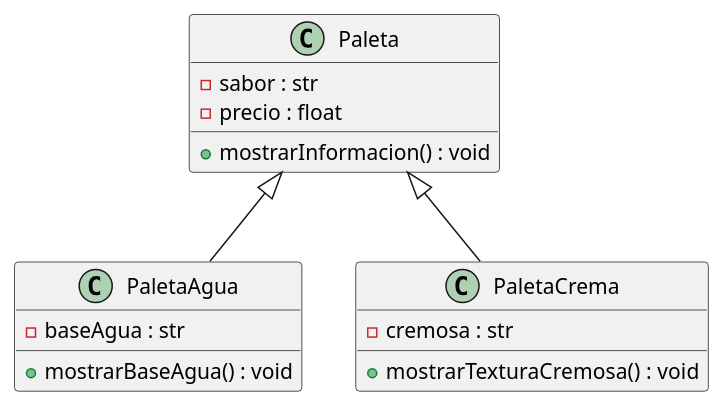
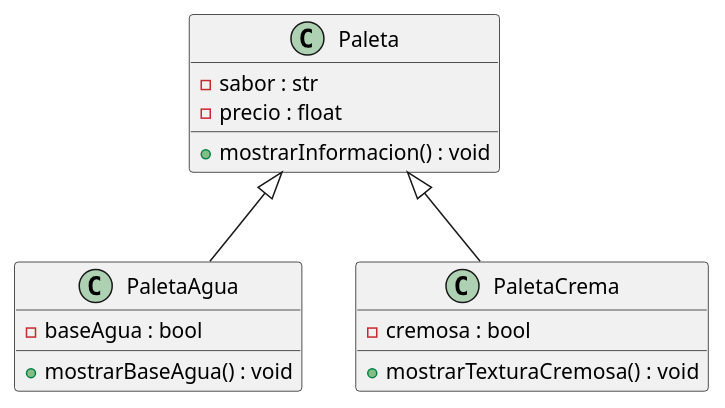
The diagram in Ej3-paletas.puml (Gio13-tv/30-Ejercicios), drawn with PlantUML before and after one commit. The commit also changed 1 other file, not shown here.

Commit message:
cambio con polimorfismo3

```diff
--- a/Ej3-paletas.puml
+++ b/Ej3-paletas.puml
@@ -1,20 +1,20 @@
-@startuml name
+@startuml polimorfismo3
 class Paleta {
   - sabor : str
   - precio : float
   + mostrarInformacion() : void
 }
 
 class PaletaAgua {
-  - baseAgua : str
+  - baseAgua : bool
   + mostrarBaseAgua() : void
 }
 
 class PaletaCrema {
-  - cremosa : str
+  - cremosa : bool
   + mostrarTexturaCremosa() : void
 }
 
 Paleta <|-- PaletaAgua
 Paleta <|-- PaletaCrema
 @enduml
```
